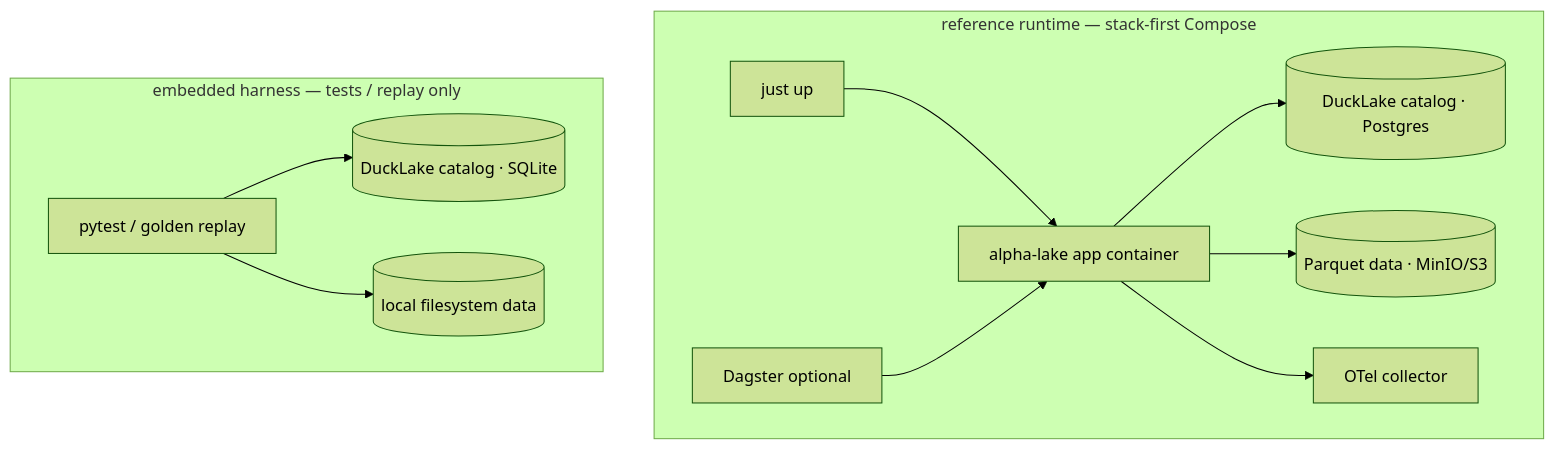
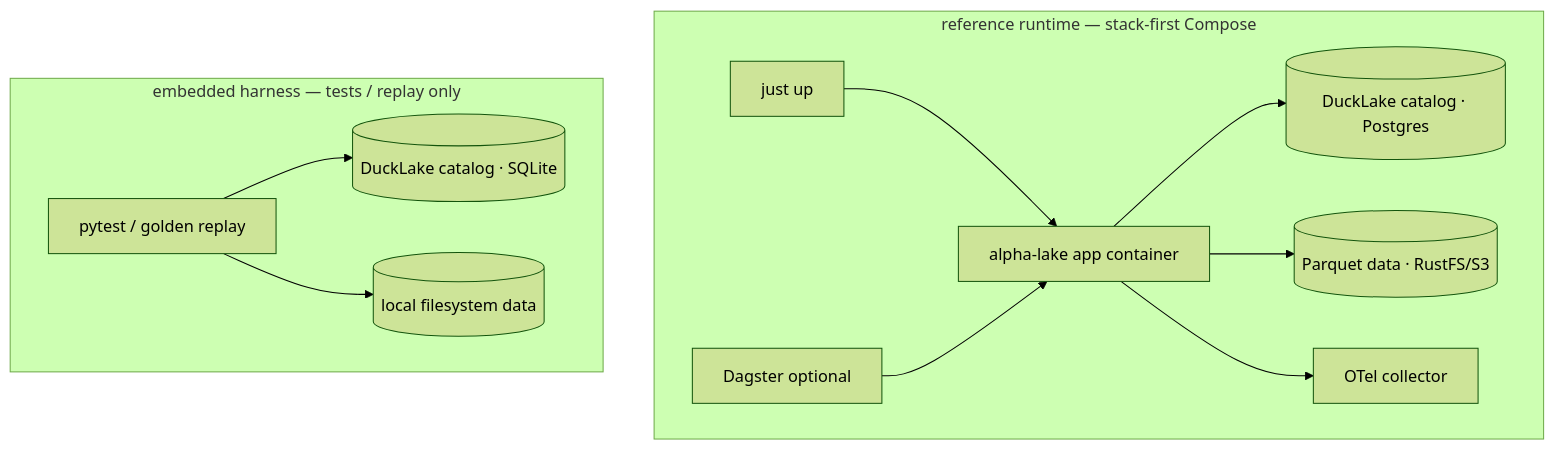
One commit to mblaauw/alpha-lake changed the second of 6 diagrams in docs/DESIGN.md. Above: the diagram before and after it, drawn with Mermaid (forest theme). The commit also changed other lines of this file and 8 other files, not shown here.

````diff
--- a/docs/DESIGN.md
+++ b/docs/DESIGN.md
@@ -93,16 +93,16 @@
 ```mermaid
 flowchart TB
   subgraph STACK["reference runtime — stack-first Compose"]
     direction LR
     J[just up] --> APP[alpha-lake app container]
     APP --> PG[(DuckLake catalog · Postgres)]
-    APP --> S3[(Parquet data · MinIO/S3)]
+    APP --> S3[(Parquet data · RustFS/S3)]
     APP --> OTEL[OTel collector]
     DAG[Dagster optional] --> APP
   end
   subgraph EMBED["embedded harness — tests / replay only"]
     direction LR
     T[pytest / golden replay] --> SQL[(DuckLake catalog · SQLite)]
     T --> FS[(local filesystem data)]
   end
 ```
````
